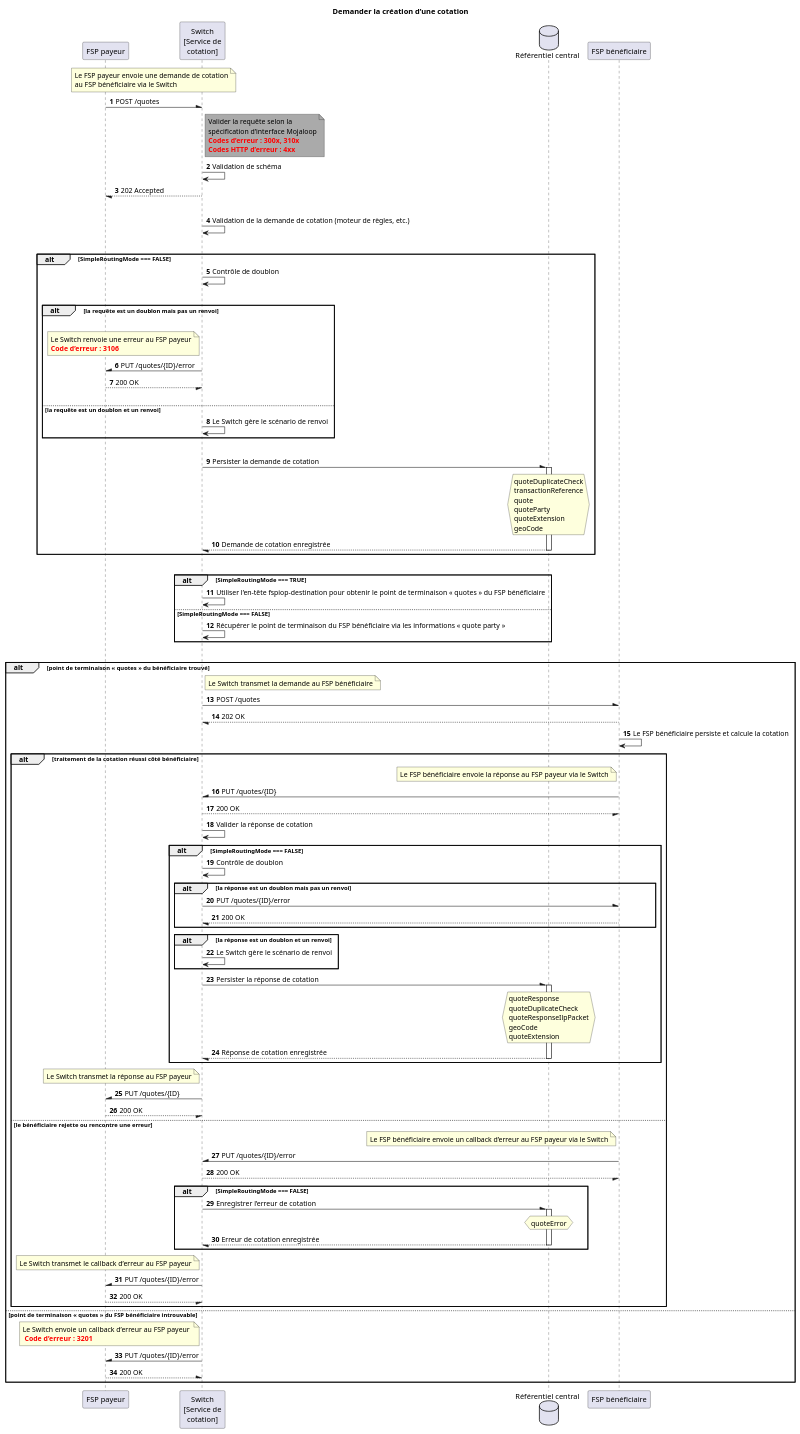
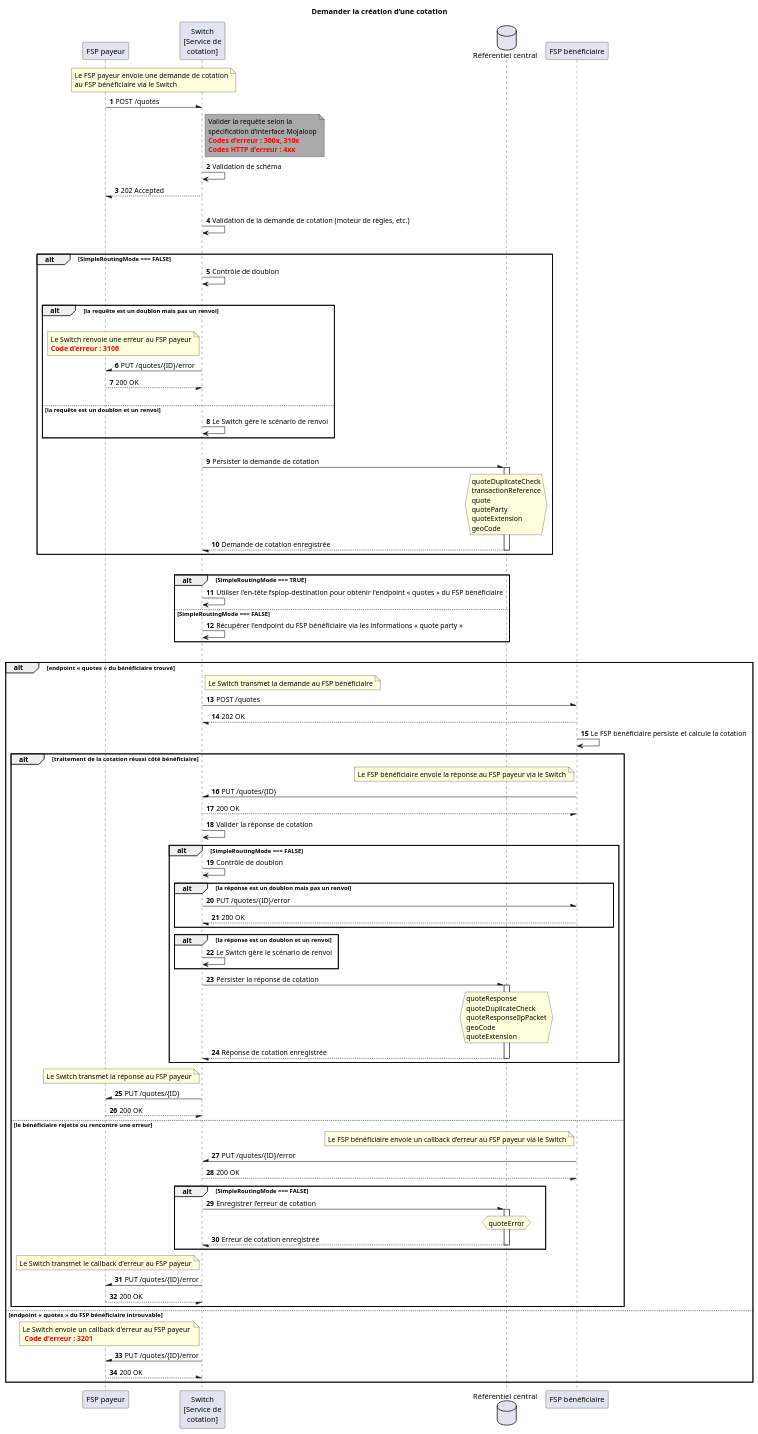
The diagram in docs/fr/technical/technical/quoting-service/assets/diagrams/sequence/seq-post-quotes-1.2.0.plantuml (mojaloop/documentation), drawn with PlantUML before and after one commit. The commit also changed 51 other files, not shown here.

```diff
--- a/docs/fr/technical/technical/quoting-service/assets/diagrams/sequence/seq-post-quotes-1.2.0.plantuml
+++ b/docs/fr/technical/technical/quoting-service/assets/diagrams/sequence/seq-post-quotes-1.2.0.plantuml
@@ -1,117 +1,117 @@
 @startuml
 Title Demander la création d’une cotation
 participant "FSP payeur" as PayerFSP
 participant "Switch\n[Service de\ncotation]" as Switch
 database "Référentiel central" as DB
 participant "FSP bénéficiaire" as PayeeFSP
 autonumber
 
 note over PayerFSP, Switch: Le FSP payeur envoie une demande de cotation\nau FSP bénéficiaire via le Switch
 PayerFSP -\ Switch: POST /quotes
 note right of Switch #aaa
     Valider la requête selon la
     spécification d’interface Mojaloop
     **<color #red>Codes d’erreur : 300x, 310x</color>**
     **<color #red>Codes HTTP d’erreur : 4xx</color>**
 end note
 Switch -> Switch: Validation de schéma
 PayerFSP \-- Switch: 202 Accepted
 |||
 Switch -> Switch: Validation de la demande de cotation (moteur de règles, etc.)
 |||
 alt SimpleRoutingMode === FALSE
     Switch -> Switch: Contrôle de doublon
     |||
     alt la requête est un doublon mais pas un renvoi
     |||
         note left of Switch
             Le Switch renvoie une erreur au FSP payeur
             <color #red>**Code d’erreur : 3106**</color>
         end note
         PayerFSP /- Switch: PUT /quotes/{ID}/error
         PayerFSP --/ Switch: 200 OK
     |||
     else la requête est un doublon et un renvoi
         Switch -> Switch: Le Switch gère le scénario de renvoi
     end
     |||
     Switch -\ DB: Persister la demande de cotation
     activate DB
         hnote over DB
             quoteDuplicateCheck
             transactionReference
             quote
             quoteParty
             quoteExtension
             geoCode
         end hnote
     Switch \-- DB: Demande de cotation enregistrée
     deactivate DB
 end
 |||
 alt SimpleRoutingMode === TRUE
-    Switch -> Switch: Utiliser l’en-tête fspiop-destination pour obtenir le point de terminaison « quotes » du FSP bénéficiaire
+    Switch -> Switch: Utiliser l'en-tête fspiop-destination pour obtenir l'endpoint « quotes » du FSP bénéficiaire
 else SimpleRoutingMode === FALSE
-    Switch -> Switch: Récupérer le point de terminaison du FSP bénéficiaire via les informations « quote party »
+    Switch -> Switch: Récupérer l'endpoint du FSP bénéficiaire via les informations « quote party »
 end
 |||
-alt point de terminaison « quotes » du bénéficiaire trouvé
+alt endpoint « quotes » du bénéficiaire trouvé
     note right of Switch: Le Switch transmet la demande au FSP bénéficiaire
     Switch -\ PayeeFSP: POST /quotes
     Switch \-- PayeeFSP: 202 OK
 
     PayeeFSP -> PayeeFSP: Le FSP bénéficiaire persiste et calcule la cotation
     alt traitement de la cotation réussi côté bénéficiaire
         note left of PayeeFSP: Le FSP bénéficiaire envoie la réponse au FSP payeur via le Switch
         Switch /- PayeeFSP: PUT /quotes/{ID}
         Switch --/ PayeeFSP: 200 OK
 
         Switch -> Switch: Valider la réponse de cotation
         alt SimpleRoutingMode === FALSE
             Switch -> Switch: Contrôle de doublon
             alt la réponse est un doublon mais pas un renvoi
                 Switch -\ PayeeFSP: PUT /quotes/{ID}/error
                 Switch \-- PayeeFSP: 200 OK
             end
             alt la réponse est un doublon et un renvoi
                 Switch -> Switch: Le Switch gère le scénario de renvoi
             end
             Switch -\ DB: Persister la réponse de cotation
             activate DB
             hnote over DB
                 quoteResponse
                 quoteDuplicateCheck
                 quoteResponseIlpPacket
                 geoCode
                 quoteExtension
             end hnote
             Switch \-- DB: Réponse de cotation enregistrée
             deactivate DB
         end
         note left of Switch: Le Switch transmet la réponse au FSP payeur
         PayerFSP /- Switch: PUT /quotes/{ID}
         PayerFSP --/ Switch: 200 OK
     else le bénéficiaire rejette ou rencontre une erreur
         note left of PayeeFSP: Le FSP bénéficiaire envoie un callback d’erreur au FSP payeur via le Switch
         Switch /- PayeeFSP: PUT /quotes/{ID}/error
         Switch --/ PayeeFSP: 200 OK
         alt SimpleRoutingMode === FALSE
             Switch -\ DB: Enregistrer l’erreur de cotation
             activate DB
             hnote over DB
                 quoteError
             end hnote
             Switch \-- DB: Erreur de cotation enregistrée
             deactivate DB
         end
         note left of Switch: Le Switch transmet le callback d’erreur au FSP payeur
         PayerFSP /- Switch: PUT /quotes/{ID}/error
         PayerFSP --/ Switch: 200 OK
     end
-else point de terminaison « quotes » du FSP bénéficiaire introuvable
-    note left of Switch: Le Switch envoie un callback d’erreur au FSP payeur \n <color #red>**Code d’erreur : 3201**</color>
+else endpoint « quotes » du FSP bénéficiaire introuvable
+    note left of Switch: Le Switch envoie un callback d'erreur au FSP payeur \n <color #red>**Code d'erreur : 3201**</color>
     PayerFSP /- Switch: PUT /quotes/{ID}/error
     PayerFSP --\ Switch: 200 OK
 end
 
 @enduml
```
